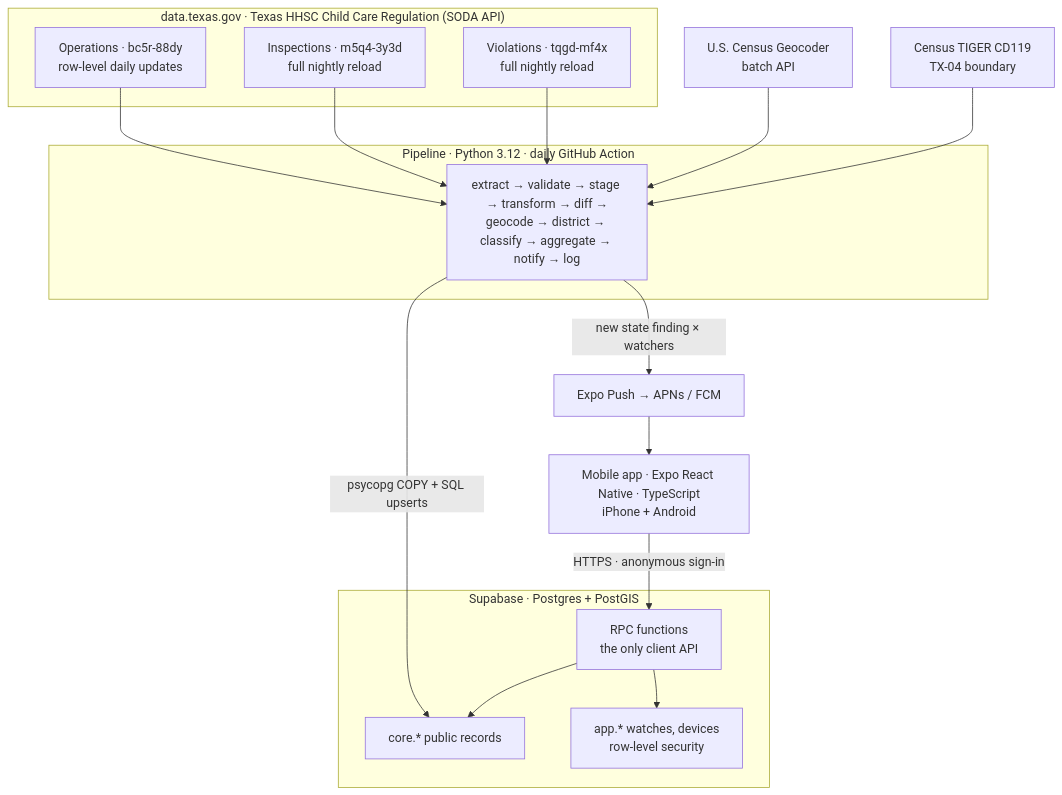
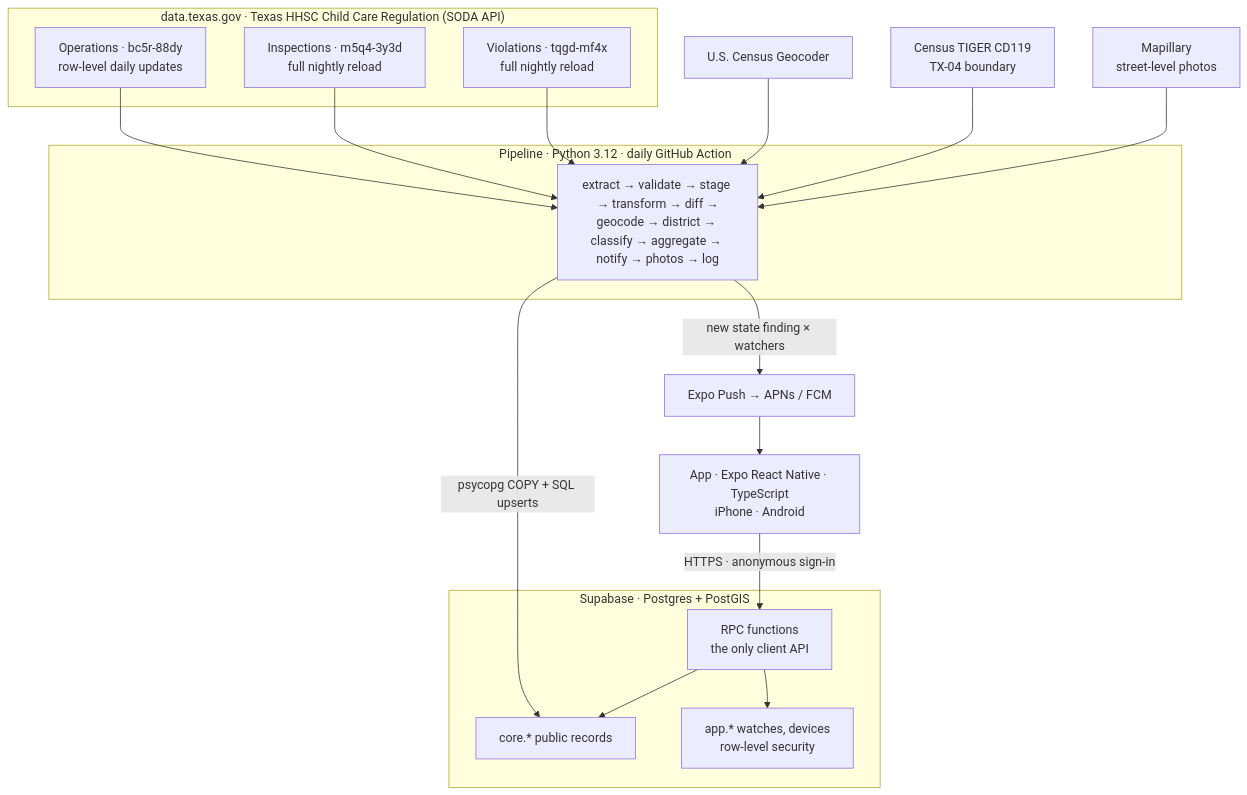
One commit to areebhirani-beep/daycare-watch changed the second of 2 diagrams in README.md. Above: the diagram before and after it, drawn with Mermaid. The commit also changed other lines of this file, not shown here.

Commit message:
docs: README with CI badges, end-to-end proof row, photos stage, and current test counts

````diff
--- a/README.md
+++ b/README.md
@@ -54,33 +73,33 @@
 ```mermaid
 flowchart TB
   subgraph TX["data.texas.gov · Texas HHSC Child Care Regulation (SODA API)"]
     OPS["Operations · bc5r-88dy<br/>row-level daily updates"]
     ACT["Inspections · m5q4-3y3d<br/>full nightly reload"]
     VIO["Violations · tqgd-mf4x<br/>full nightly reload"]
   end
-  CEN["U.S. Census Geocoder<br/>batch API"]
+  CEN["U.S. Census Geocoder"]
   TIG["Census TIGER CD119<br/>TX-04 boundary"]
+  MLY["Mapillary<br/>street-level photos"]
 
   subgraph PIPE["Pipeline · Python 3.12 · daily GitHub Action"]
-    P["extract → validate → stage → transform → diff →<br/>geocode → district → classify → aggregate → notify → log"]
+    P["extract → validate → stage → transform → diff →<br/>geocode → district → classify → aggregate → notify → photos → log"]
   end
 
   subgraph DB["Supabase · Postgres + PostGIS"]
     CORE["core.* public records"]
     APP["app.* watches, devices<br/>row-level security"]
     RPC["RPC functions<br/>the only client API"]
   end
 
   PUSH["Expo Push → APNs / FCM"]
-  MOB["Mobile app · Expo React Native · TypeScript<br/>iPhone + Android"]
+  MOB["App · Expo React Native · TypeScript<br/>iPhone · Android"]
 
   OPS & ACT & VIO --> P
-  CEN --> P
-  TIG --> P
+  CEN & TIG & MLY --> P
   P -- "psycopg COPY + SQL upserts" --> CORE
   P -- "new state finding × watchers" --> PUSH
   PUSH --> MOB
   MOB -- "HTTPS · anonymous sign-in" --> RPC
   RPC --> CORE
   RPC --> APP
 ```
````
